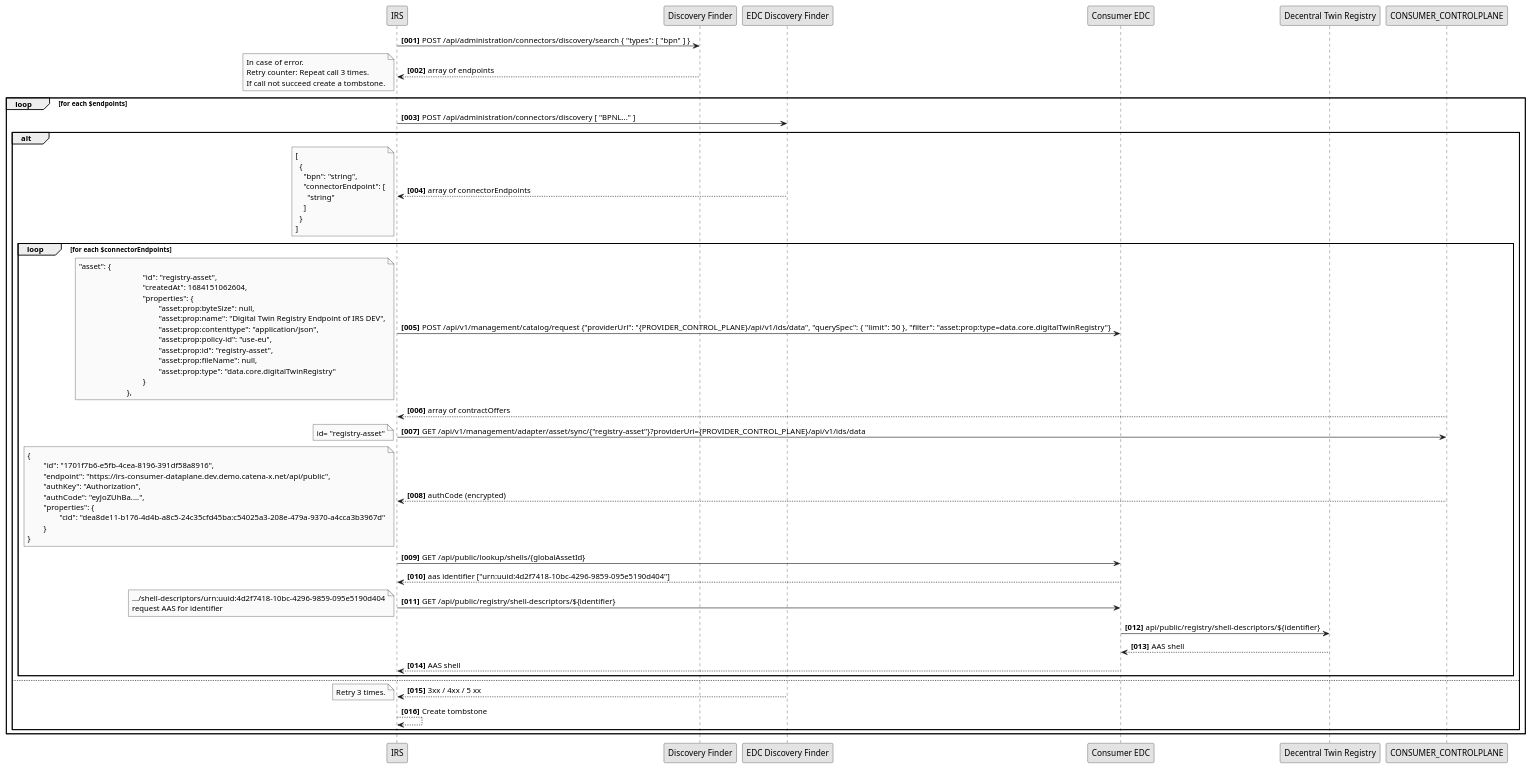
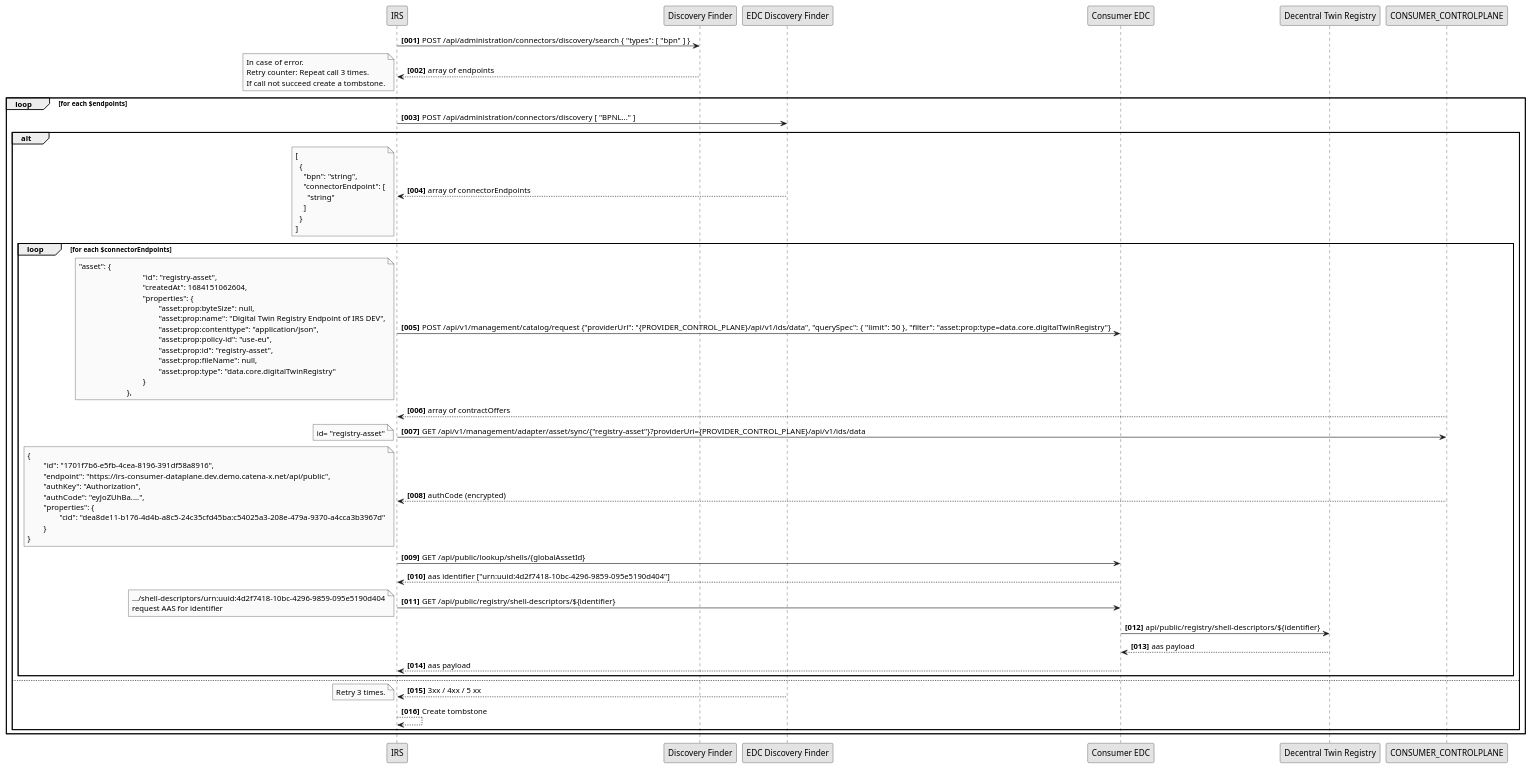
Before and after one commit to eclipse-tractusx/item-relationship-service: the diagram in uml-diagrams/decentral-twin-registry/decentral-digital-registry.puml, drawn with PlantUML. The commit also changed 1 other file, not shown here.

Commit message:
chore(uml):[TRI-1241] correct flow

```diff
--- a/uml-diagrams/decentral-twin-registry/decentral-digital-registry.puml
+++ b/uml-diagrams/decentral-twin-registry/decentral-digital-registry.puml
@@ -1,98 +1,98 @@
 @startuml
 skinparam monochrome true
 skinparam shadowing false
 
 
 autonumber "<b>[000]"
 
 participant "IRS" as IRS
 participant "Discovery Finder" as DCF
 participant "EDC Discovery Finder" as EDCDF
 participant "Consumer EDC" as CONSUMER_EDC
 participant "Decentral Twin Registry" as DTR
 
 IRS -> DCF: POST /api/administration/connectors/discovery/search { "types": [ "bpn" ] }
 IRS <-- DCF: array of endpoints
 note left
     In case of error.
     Retry counter: Repeat call 3 times.
     If call not succeed create a tombstone.
 end note
 loop for each $endpoints
     IRS -> EDCDF : POST /api/administration/connectors/discovery [ "BPNL..." ]
     alt
          IRS <-- EDCDF : array of connectorEndpoints
          note left
                  [
                    {
                      "bpn": "string",
                      "connectorEndpoint": [
                        "string"
                      ]
                    }
                  ]
          end note
          loop for each $connectorEndpoints
              IRS -> CONSUMER_EDC: POST /api/v1/management/catalog/request {"providerUrl": "{PROVIDER_CONTROL_PLANE}/api/v1/ids/data", "querySpec": { "limit": 50 }, "filter": "asset:prop:type=data.core.digitalTwinRegistry"}
              note left
                 "asset": {
                 				"id": "registry-asset",
                 				"createdAt": 1684151062604,
                 				"properties": {
                 					"asset:prop:byteSize": null,
                 					"asset:prop:name": "Digital Twin Registry Endpoint of IRS DEV",
                 					"asset:prop:contenttype": "application/json",
                 					"asset:prop:policy-id": "use-eu",
                 					"asset:prop:id": "registry-asset",
                 					"asset:prop:fileName": null,
                 					"asset:prop:type": "data.core.digitalTwinRegistry"
                 				}
                 			},
              end note
              IRS <-- CONSUMER_CONTROLPLANE: array of contractOffers
 
              IRS -> CONSUMER_CONTROLPLANE: GET /api/v1/management/adapter/asset/sync/{"registry-asset"}?providerUrl={PROVIDER_CONTROL_PLANE}/api/v1/ids/data
              note left
                 id= "registry-asset"
              end note
              IRS <-- CONSUMER_CONTROLPLANE: authCode (encrypted)
              note left
                  {
                  	"id": "1701f7b6-e5fb-4cea-8196-391df58a8916",
                  	"endpoint": "https://irs-consumer-dataplane.dev.demo.catena-x.net/api/public",
                  	"authKey": "Authorization",
                  	"authCode": "eyJoZUhBa....",
                  	"properties": {
                  		"cid": "dea8de11-b176-4d4b-a8c5-24c35cfd45ba:c54025a3-208e-479a-9370-a4cca3b3967d"
                  	}
                  }
              end note
              IRS -> CONSUMER_EDC: GET /api/public/lookup/shells/{globalAssetId}
              IRS <-- CONSUMER_EDC: aas identifier ["urn:uuid:4d2f7418-10bc-4296-9859-095e5190d404"]
 
              IRS -> CONSUMER_EDC : GET /api/public/registry/shell-descriptors/${identifier}
              note left
                   .../shell-descriptors/urn:uuid:4d2f7418-10bc-4296-9859-095e5190d404
                   request AAS for identifier
              end note
              CONSUMER_EDC -> DTR : api/public/registry/shell-descriptors/${identifier}
-             CONSUMER_EDC <-- DTR: AAS shell
-             IRS <-- CONSUMER_EDC: AAS shell
+             CONSUMER_EDC <-- DTR: aas payload
+             IRS <-- CONSUMER_EDC: aas payload
          end loop
     else
           IRS <-- EDCDF : 3xx / 4xx / 5 xx
           note left
                 Retry 3 times.
           end note
           IRS --> IRS : Create tombstone
     end alt
 
 
 end loop
 
 
 
 
 
 
 @enduml
```
